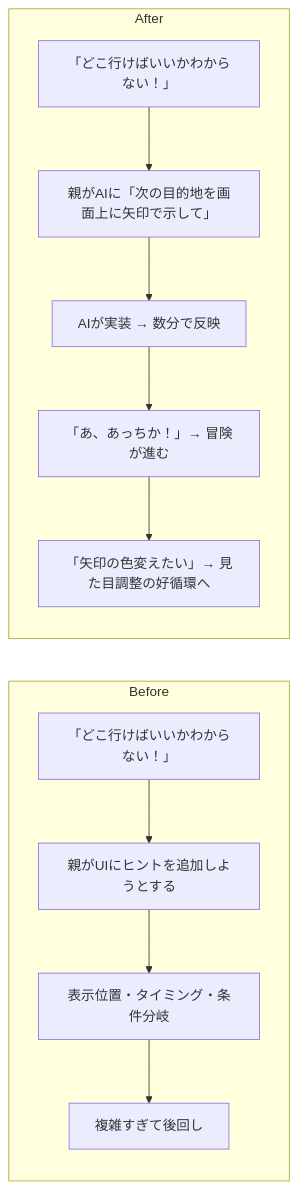
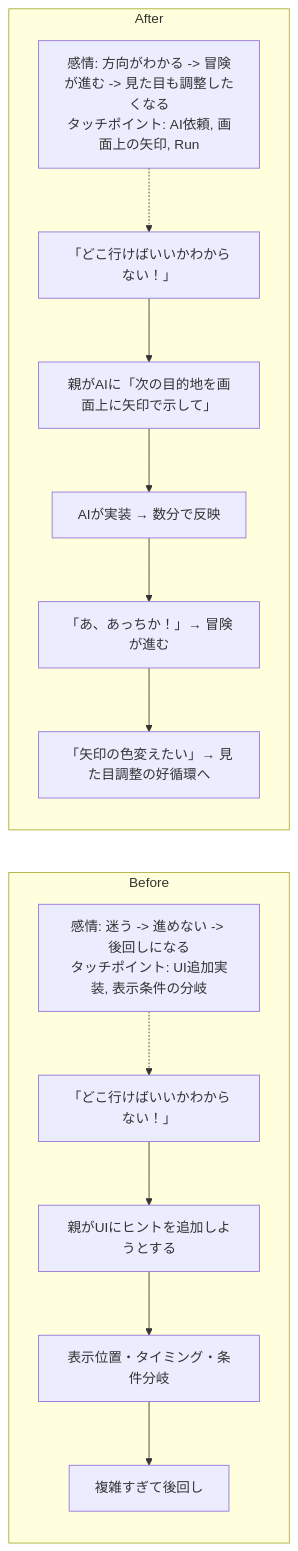
Diagram 16 of 42 in docs/product-requirements/customer-journeys.md (tatsuro-ueda/code-quest-pyxel), drawn with Mermaid before and after one commit. The commit also changed other lines of this file and 23 other files, not shown here.

````diff
--- a/docs/product-requirements/customer-journeys.md
+++ b/docs/product-requirements/customer-journeys.md
@@ -313,14 +375,18 @@
 ```mermaid
 flowchart LR
     subgraph Before["Before"]
+        BM["感情: 迷う -> 進めない -> 後回しになる<br/>タッチポイント: UI追加実装, 表示条件の分岐"]
+        BM -.-> B1
         B1[「どこ行けばいいかわからない！」] --> B2[親がUIにヒントを追加しようとする]
         B2 --> B3[表示位置・タイミング・条件分岐]
         B3 --> B4[複雑すぎて後回し]
     end
     subgraph After["After"]
+        AM["感情: 方向がわかる -> 冒険が進む -> 見た目も調整したくなる<br/>タッチポイント: AI依頼, 画面上の矢印, Run"]
+        AM -.-> A1
         A1[「どこ行けばいいかわからない！」] --> A2[親がAIに「次の目的地を画面上に矢印で示して」]
         A2 --> A3[AIが実装 → 数分で反映]
         A3 --> A4[「あ、あっちか！」→ 冒険が進む]
         A4 --> A5[「矢印の色変えたい」→ 見た目調整の好循環へ]
     end
 ```
````
